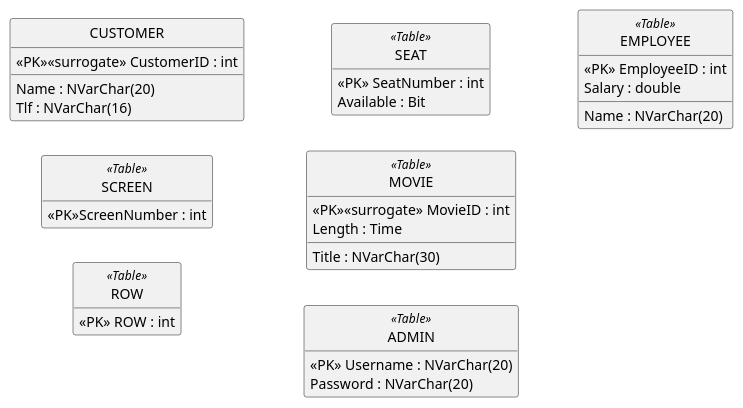
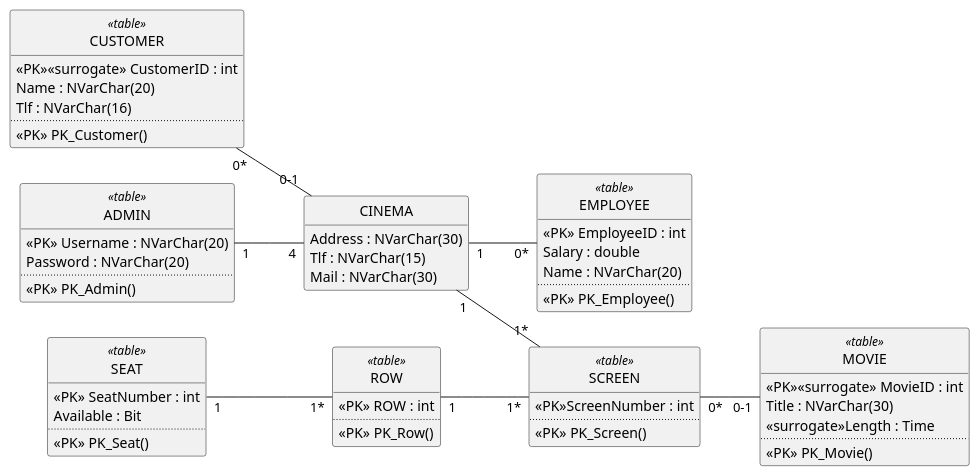
Before and after one commit to FilipMeldal/Team1A: the diagram in Programering 2. sem/Opgaver/TheMoviesDomainModel.plantuml, drawn with PlantUML.

```diff
--- a/Programering 2. sem/Opgaver/TheMoviesDomainModel.plantuml
+++ b/Programering 2. sem/Opgaver/TheMoviesDomainModel.plantuml
@@ -1,51 +1,85 @@
 @startuml
 
 hide circle
 left to right direction
 hide empty members
 
-class CUSTOMER
+
+ROW "1" -- "1*" SCREEN  
+SEAT "1" -- "1*" ROW
+CUSTOMER "0*" -- "0-1" CINEMA
+CINEMA "1" -- "0*" EMPLOYEE
+CINEMA "1" -- "1*" SCREEN
+SCREEN "0*" -- "0-1" MOVIE
+ADMIN "1" -- "4" CINEMA
+
+
+
+class CINEMA
+{
+    Address : NVarChar(30)
+    Tlf : NVarChar(15)
+    Mail : NVarChar(30)
+    
+}
+
+
+class CUSTOMER <<table>>
 {
     <<PK>><<surrogate>> CustomerID : int
-    Name : NVarChar(20) 
+    Name : NVarChar(20)    
     Tlf : NVarChar(16)
+    ..
+    <<PK>> PK_Customer()
 }
 
-class SCREEN  <<Table>> 
+class SCREEN  <<table>> 
 {
     <<PK>>ScreenNumber : int
+    ..
+    <<PK>> PK_Screen()
 }
 
-class ROW <<Table>>
+class ROW <<table>>
 {
     <<PK>> ROW : int
+    ..
+    <<PK>> PK_Row()
 }
 
-class SEAT <<Table>>
+class SEAT <<table>>
 {
     <<PK>> SeatNumber : int
     Available : Bit
+    ..
+    <<PK>> PK_Seat()
 }
 
-class MOVIE <<Table>>
+class MOVIE <<table>>
 {
     <<PK>><<surrogate>> MovieID : int
     Title : NVarChar(30)
-    Length : Time
+    <<surrogate>>Length : Time
+    ..
+    <<PK>> PK_Movie()
 }
 
-class ADMIN <<Table>>
+class ADMIN <<table>>
 {
     <<PK>> Username : NVarChar(20) 
     Password : NVarChar(20) 
+    ..
+    <<PK>> PK_Admin()
 }
 
-class EMPLOYEE <<Table>>
+class EMPLOYEE <<table>>
 {
     <<PK>> EmployeeID : int
     Salary : double
     Name : NVarChar(20)
+    ..
+    <<PK>> PK_Employee()
 }
 
 
 @enduml
```
